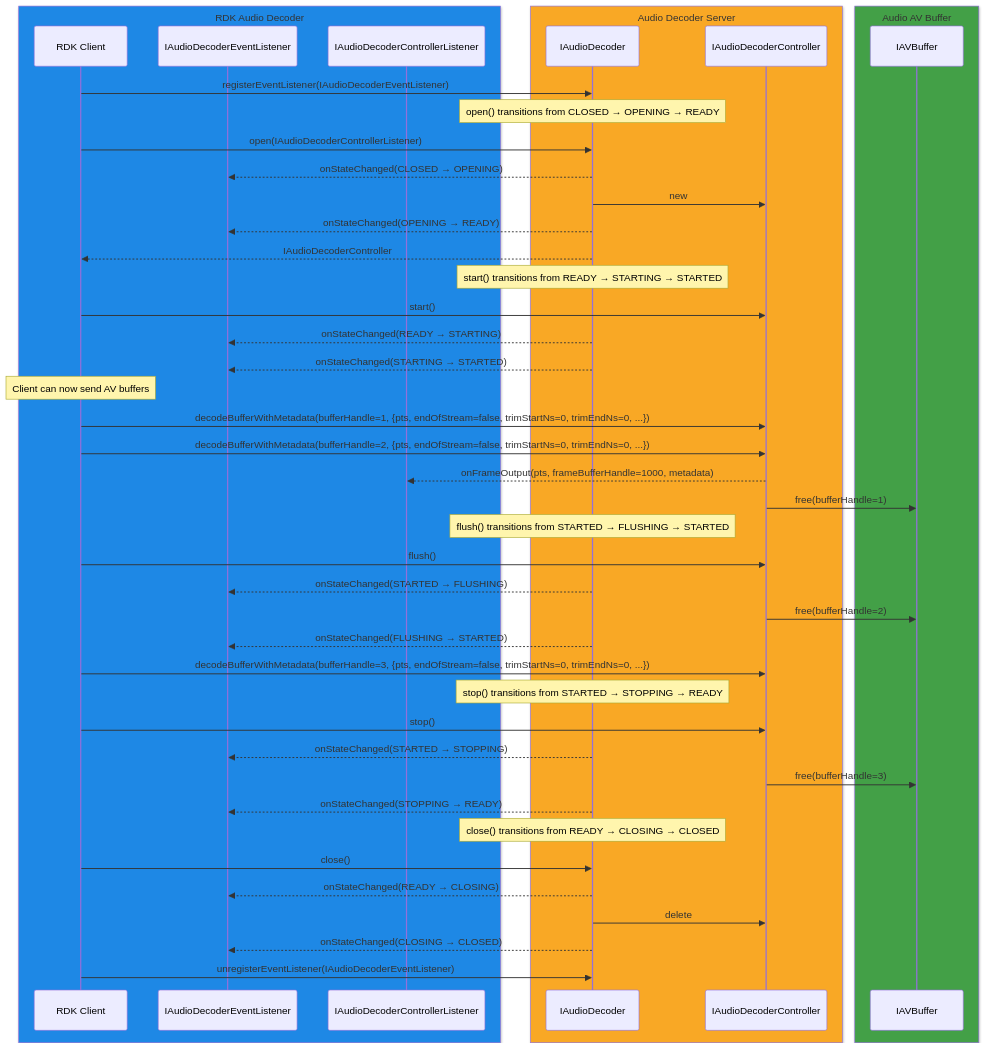
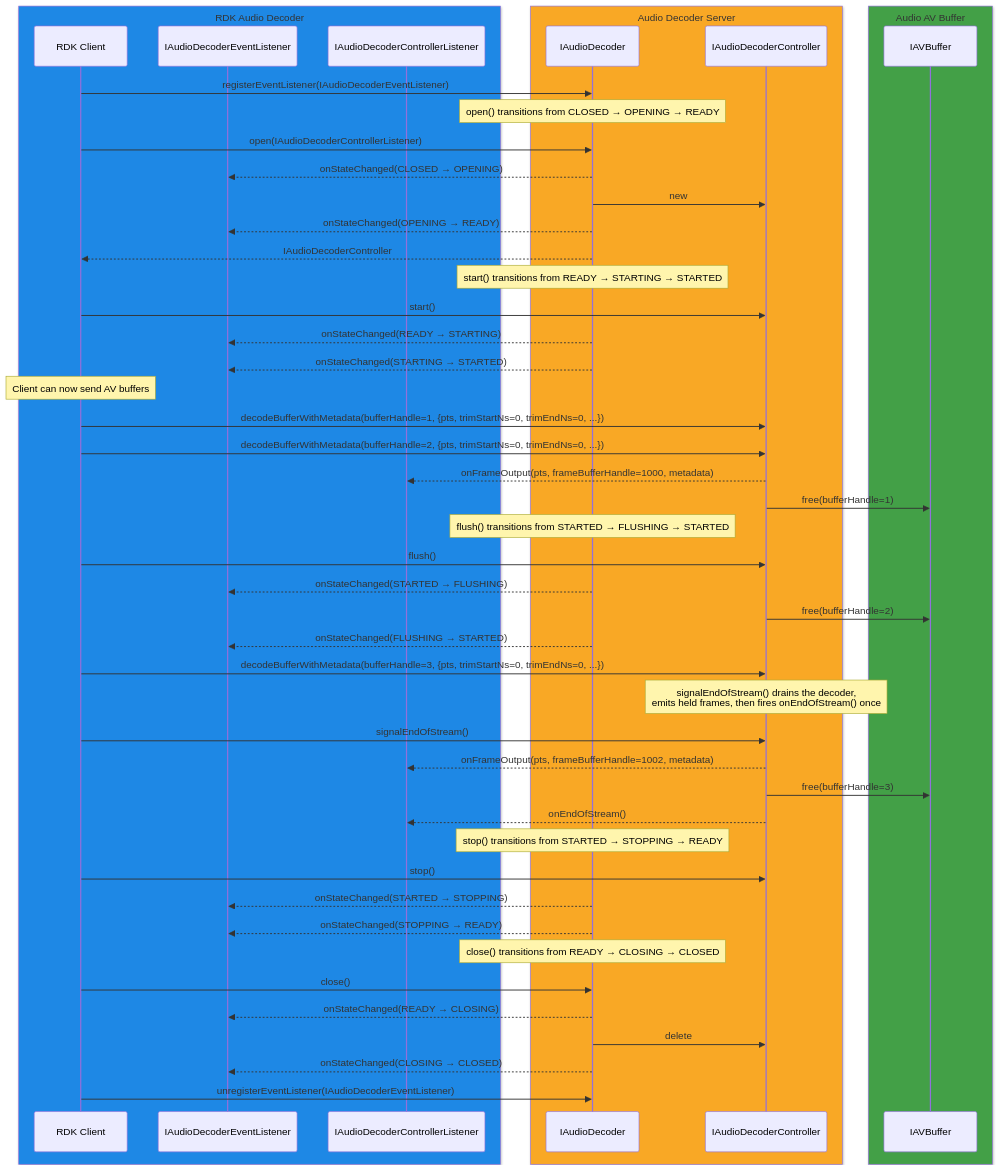
Before and after one commit to rdkcentral/rdk-halif-aidl: the third of 3 diagrams in audiodecoder/current/docs/audio_decoder.md, drawn with Mermaid. The commit also changed other lines of this file and 2 other files, not shown here.

Commit message:
docs(audiodecoder,audiosink,videosink): correct EOS signalling to match AIDL
Same stale-doc defect as the videodecoder fix: the EOS sections described EOS
riding on `InputBufferMetadata.endOfStream` / `FrameMetadata.endOfStream`, fields
that do not exist in the AIDL. Since #492/#505 the contract is a discrete signal.

- audiodecoder: `IAudioDecoderController.signalEndOfStream()` +
  `IAudioDecoderControllerListener.onEndOfStream()`. Audio carries no in-bitstream
  EOS marker, so `FrameMetadata.bitstreamEOS` is always false. Updated the state
  sequence diagram (dropped the nonexistent `endOfStream=false` field, added the
  drain + `onEndOfStream()` flow, removed the redundant free on stop()).
- audiosink: `IAudioSinkController.signalEndOfStream()` +
  `onEndOfStream(nsPresentationTime)`. `queueAudioFrame()` carries no EOS; the
  imported `FrameMetadata` has no `endOfStream` field.
- videosink: `IVideoSinkController.signalEndOfStream()` +
  `onEndOfStream(nsPresentationTime)`. `queueVideoFrame()` carries no EOS.

Relates to #618 (same defect, sibling modules).

````diff
--- a/audiodecoder/current/docs/audio_decoder.md
+++ b/audiodecoder/current/docs/audio_decoder.md
@@ -378,60 +380,65 @@
 ```mermaid
 sequenceDiagram
     %% --- RDK Audio Decoder ---
     box rgb(30,136,229) RDK Audio Decoder 
         participant Client as RDK Client
         participant IAudioDecoderEventListener as IAudioDecoderEventListener
         participant IAudioDecoderControllerListener as IAudioDecoderControllerListener
     end
     
     %% --- Audio Decoder Server ---
     box rgb(249,168,37) Audio Decoder Server
         participant ADC as IAudioDecoder
         participant Controller as IAudioDecoderController
     end
     
     %% --- Audio AV Buffer ---
     box rgb(67,160,71) Audio AV Buffer
         participant IAVBuffer as IAVBuffer
     end
 
     Client->>ADC: registerEventListener(IAudioDecoderEventListener)
     
     Note over ADC: open() transitions from CLOSED → OPENING → READY
     Client->>ADC: open(IAudioDecoderControllerListener)
     ADC-->>IAudioDecoderEventListener: onStateChanged(CLOSED → OPENING)
     ADC->>Controller: new
     ADC-->>IAudioDecoderEventListener: onStateChanged(OPENING → READY)
     ADC-->>Client: IAudioDecoderController
 
     Note over ADC: start() transitions from READY → STARTING → STARTED
     Client->>Controller: start()
     ADC-->>IAudioDecoderEventListener: onStateChanged(READY → STARTING)
     ADC-->>IAudioDecoderEventListener: onStateChanged(STARTING → STARTED)
 
     Note over Client: Client can now send AV buffers
-    Client->>Controller: decodeBufferWithMetadata(bufferHandle=1, {pts, endOfStream=false, trimStartNs=0, trimEndNs=0, ...})
-    Client->>Controller: decodeBufferWithMetadata(bufferHandle=2, {pts, endOfStream=false, trimStartNs=0, trimEndNs=0, ...})
+    Client->>Controller: decodeBufferWithMetadata(bufferHandle=1, {pts, trimStartNs=0, trimEndNs=0, ...})
+    Client->>Controller: decodeBufferWithMetadata(bufferHandle=2, {pts, trimStartNs=0, trimEndNs=0, ...})
     Controller-->>IAudioDecoderControllerListener: onFrameOutput(pts, frameBufferHandle=1000, metadata)
     Controller->>IAVBuffer: free(bufferHandle=1)
 
     Note over ADC: flush() transitions from STARTED → FLUSHING → STARTED
     Client->>Controller: flush()
     ADC-->>IAudioDecoderEventListener: onStateChanged(STARTED → FLUSHING)
     Controller->>IAVBuffer: free(bufferHandle=2)
     ADC-->>IAudioDecoderEventListener: onStateChanged(FLUSHING → STARTED)
-    Client->>Controller: decodeBufferWithMetadata(bufferHandle=3, {pts, endOfStream=false, trimStartNs=0, trimEndNs=0, ...})
+    Client->>Controller: decodeBufferWithMetadata(bufferHandle=3, {pts, trimStartNs=0, trimEndNs=0, ...})
+
+    Note over Controller: signalEndOfStream() drains the decoder,<br>emits held frames, then fires onEndOfStream() once
+    Client->>Controller: signalEndOfStream()
+    Controller-->>IAudioDecoderControllerListener: onFrameOutput(pts, frameBufferHandle=1002, metadata)
+    Controller->>IAVBuffer: free(bufferHandle=3)
+    Controller-->>IAudioDecoderControllerListener: onEndOfStream()
 
     Note over ADC: stop() transitions from STARTED → STOPPING → READY
     Client->>Controller: stop()
     ADC-->>IAudioDecoderEventListener: onStateChanged(STARTED → STOPPING)
-    Controller->>IAVBuffer: free(bufferHandle=3)
     ADC-->>IAudioDecoderEventListener: onStateChanged(STOPPING → READY)
 
     Note over ADC: close() transitions from READY → CLOSING → CLOSED
     Client->>ADC: close()
     ADC-->>IAudioDecoderEventListener: onStateChanged(READY → CLOSING)
     ADC->>Controller: delete
     ADC-->>IAudioDecoderEventListener: onStateChanged(CLOSING → CLOSED)
     Client->>ADC: unregisterEventListener(IAudioDecoderEventListener)
 ```
````
